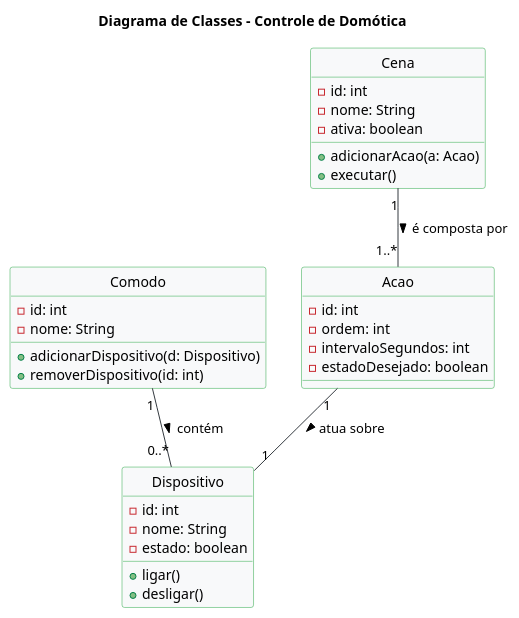
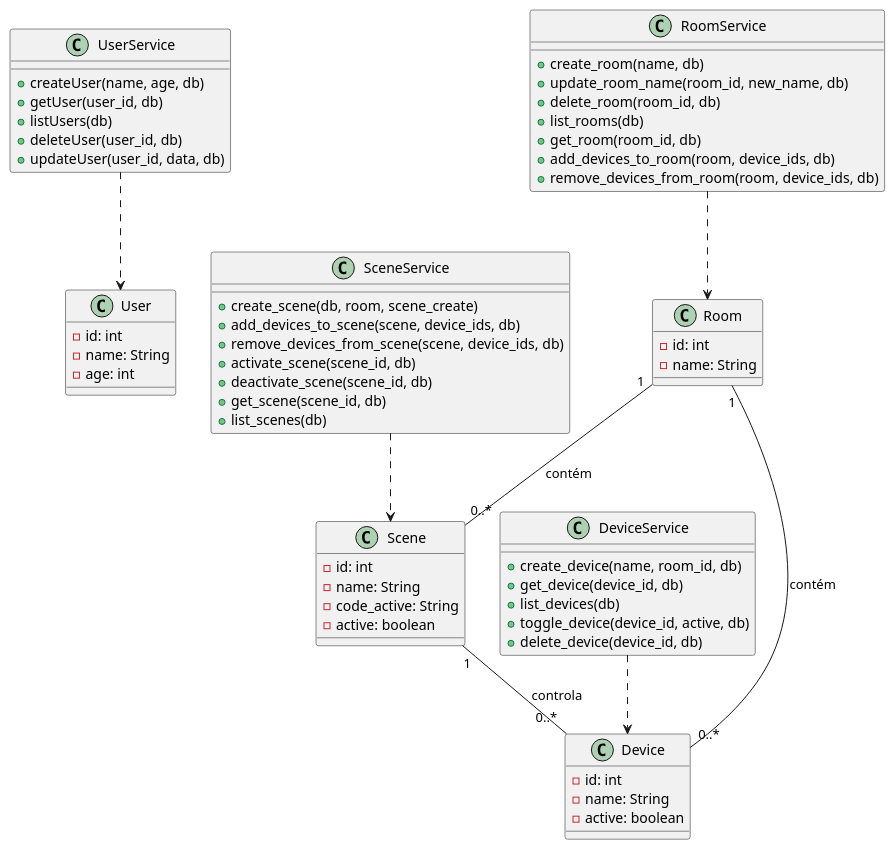
One commit to marcosgabrielms/PD-Controle-de-Domotica changed the diagram in docs/2_Modelagem_e_Arquitetura/codigo_PlantUML/diagrama de classes.puml. Above: the diagram before and after it, drawn with PlantUML.

Commit message:
:books: docs: atualiza documentação do diagrama de classes

```diff
--- a/docs/2_Modelagem_e_Arquitetura/codigo_PlantUML/diagrama de classes.puml
+++ b/docs/2_Modelagem_e_Arquitetura/codigo_PlantUML/diagrama de classes.puml
@@ -1,50 +1,76 @@
-@startuml Diagra de Classes - Controle Domótica
-' --- Título ---
-title Diagrama de Classes - Controle de Domótica
+@startuml Diagrama de Classes - Simples e Limpo
 
-' --- Aparência ---
-skinparam {
-    Style strictuml
-    ClassBorderColor #28a745
-    ClassBackgroundColor #f8f9fa
-    ArrowColor #343a40
-    DefaultFontName "Segoe UI"
+' --- Classes de Modelo (Entidades) ---
+class User {
+  -id: int
+  -name: String
+  -age: int
 }
 
-' --- Classes ---
-class Comodo {
-  - id: int
-  - nome: String
-  + adicionarDispositivo(d: Dispositivo)
-  + removerDispositivo(id: int)
+class Room {
+  -id: int
+  -name: String
 }
 
-class Dispositivo {
-  - id: int
-  - nome: String
-  - estado: boolean
-  + ligar()
-  + desligar()
+class Device {
+  -id: int
+  -name: String
+  -active: boolean
 }
 
-class Cena {
-  - id: int
-  - nome: String
-  - ativa: boolean
-  + adicionarAcao(a: Acao)
-  + executar()
+class Scene {
+  -id: int
+  -name: String
+  -code_active: String
+  -active: boolean
 }
 
-class Acao {
-  - id: int
-  - ordem: int
-  - intervaloSegundos: int
-  - estadoDesejado: boolean
+' --- Classes de Serviço (Lógica de Negócio) ---
+class UserService {
+  +createUser(name, age, db)
+  +getUser(user_id, db)
+  +listUsers(db)
+  +deleteUser(user_id, db)
+  +updateUser(user_id, data, db)
 }
 
-' --- Relacionamentos ---
-Comodo "1" -- "0..*" Dispositivo : contém >
-Cena "1" -- "1..*" Acao : é composta por >
-Acao "1" -- "1" Dispositivo : atua sobre >
+class RoomService {
+  +create_room(name, db)
+  +update_room_name(room_id, new_name, db)
+  +delete_room(room_id, db)
+  +list_rooms(db)
+  +get_room(room_id, db)
+  +add_devices_to_room(room, device_ids, db)
+  +remove_devices_from_room(room, device_ids, db)
+}
+
+class DeviceService {
+  +create_device(name, room_id, db)
+  +get_device(device_id, db)
+  +list_devices(db)
+  +toggle_device(device_id, active, db)
+  +delete_device(device_id, db)
+}
+
+class SceneService {
+  +create_scene(db, room, scene_create)
+  +add_devices_to_scene(scene, device_ids, db)
+  +remove_devices_from_scene(scene, device_ids, db)
+  +activate_scene(scene_id, db)
+  +deactivate_scene(scene_id, db)
+  +get_scene(scene_id, db)
+  +list_scenes(db)
+}
+
+' --- Relacionamentos entre Entidades ---
+Room "1" -- "0..*" Device : contém
+Room "1" -- "0..*" Scene : contém
+Scene "1" -- "0..*" Device : controla
+
+' --- Relacionamentos de Dependência ---
+UserService ..> User
+RoomService ..> Room
+DeviceService ..> Device
+SceneService ..> Scene
 
 @enduml
```
